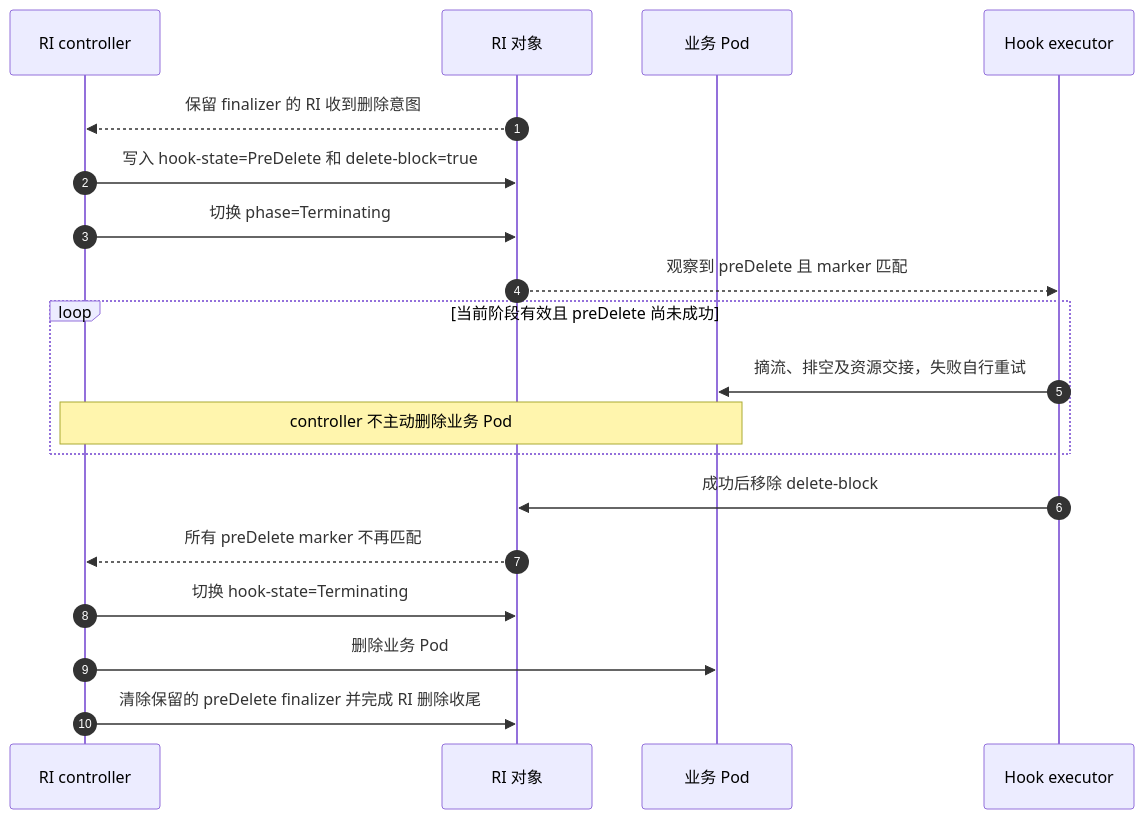
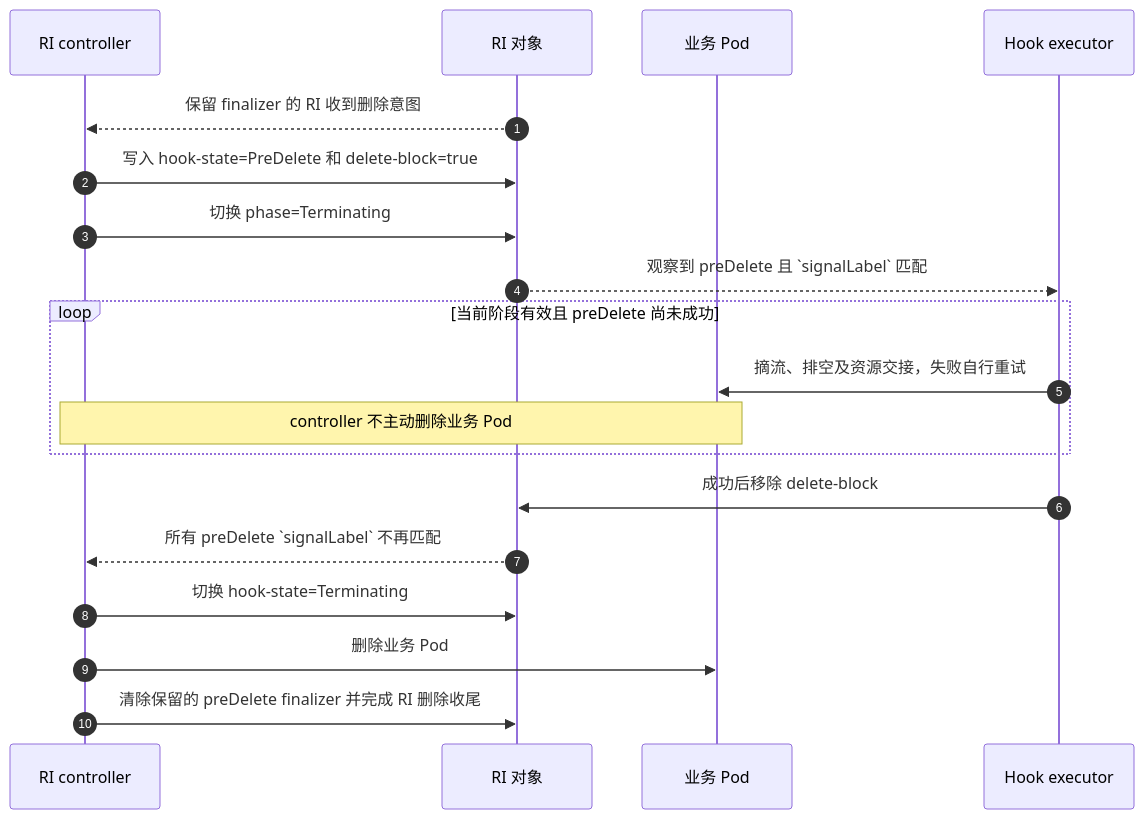
The fourth of 4 diagrams in keps/527-roleinstance-lifecycle/README.zh-CN.md (sgl-project/rbg), drawn with Mermaid before and after one commit. The commit also changed other lines of this file and 1 other file, not shown here.

Commit message:
docs: rename marker to signalLabel in KEP-527

````diff
--- a/keps/527-roleinstance-lifecycle/README.zh-CN.md
+++ b/keps/527-roleinstance-lifecycle/README.zh-CN.md
@@ -532,21 +535,21 @@
 ```mermaid
 sequenceDiagram
     autonumber
     participant C as RI controller
     participant R as RI 对象
     participant P as 业务 Pod
     participant E as Hook executor
     R-->>C: 保留 finalizer 的 RI 收到删除意图
     C->>R: 写入 hook-state=PreDelete 和 delete-block=true
     C->>R: 切换 phase=Terminating
-    R-->>E: 观察到 preDelete 且 marker 匹配
+    R-->>E: 观察到 preDelete 且 `signalLabel` 匹配
     loop 当前阶段有效且 preDelete 尚未成功
         E->>P: 摘流、排空及资源交接，失败自行重试
         Note over C,P: controller 不主动删除业务 Pod
     end
     E->>R: 成功后移除 delete-block
-    R-->>C: 所有 preDelete marker 不再匹配
+    R-->>C: 所有 preDelete `signalLabel` 不再匹配
     C->>R: 切换 hook-state=Terminating
     C->>P: 删除业务 Pod
     C->>R: 清除保留的 preDelete finalizer 并完成 RI 删除收尾
 ```
````
